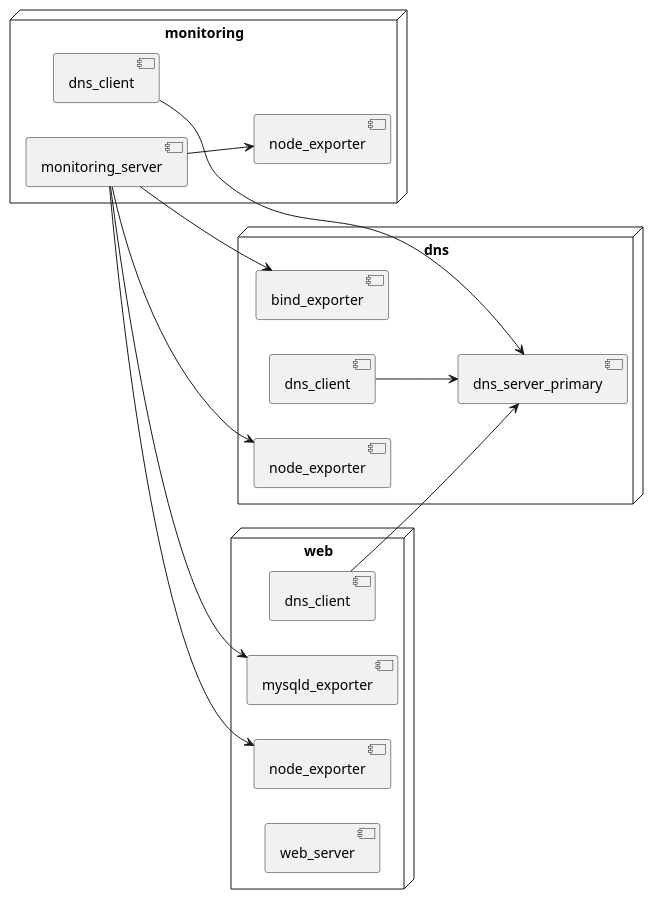
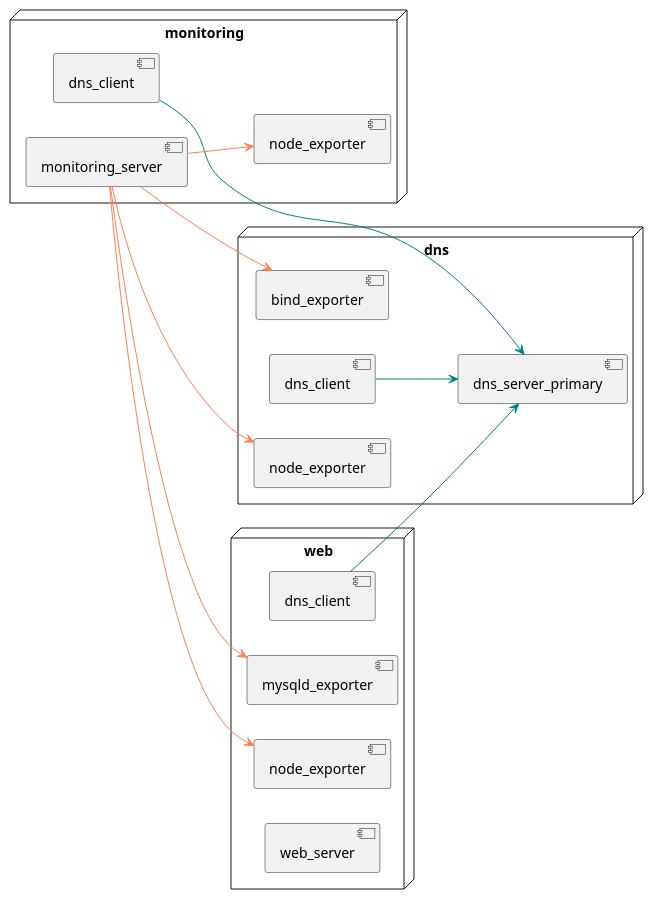
One commit to lucasluduenasegre/plantuml2ansible changed the second of 2 diagrams in README.md. Above: the diagram before and after it, drawn with PlantUML. The commit also changed other lines of this file and 2 other files, not shown here.

````diff
--- a/README.md
+++ b/README.md
@@ -174,74 +183,74 @@
 ```plantuml
 @startuml test_env
 /'
 Diagram name definition
 
 Format: @startuml <diagram_name>
 
 Note: if no diagram name is specified, the filename is used as a fallback for
 naming the output directory. This name should match the network diagram's.
 '/
 
 ' Make each component per node unique
 set separator .
 
 ' Purely visual, won't have any effect on the parser
 left to right direction
 
 /'
 Host definition
 
 Notes:
 - By default <description> will be used as the resulting hostname;
 <host_identifier> is the fallback if <description> is unused.
 - Underscores in the hostname will be converted to hyphens, due to Unix conventions.
 
 Format: node <host_identifier> as <description>
 '/
 node dns as "dns" {
 
     /'
     Role definition
 
     Format: component <role_identifier> as <role_name>
     '/
     component bind_exporter
     component dns_client
     component dns_server_primary
     component node_exporter
 }
 
 node monitoring {
     component dns_client
     component monitoring_server
     component node_exporter
 }
 
 node web as "web" {
     component dns_client
     component mysqld_exporter
     component node_exporter
     component web_server
 }
 
 /'
 Role-to-role connections
 
 Note: Arrows must always point from left to right, but can be styled according to
       https://crashedmind.github.io/PlantUMLHitchhikersGuide/layout/layout.html
 
-Format: <network_identifier>.<host_identifier>.<role_identifier> --> <network_identifier>.<host_identifier>.<role_identifier>
+Format: <host_identifier>.<role_identifier> --> <host_identifier>.<role_identifier>
 '/
-dns.dns_client --> dns.dns_server_primary
+dns.dns_client -[#teal]-> dns.dns_server_primary
 
-monitoring.dns_client --> dns.dns_server_primary
-monitoring.monitoring_server --> dns.bind_exporter
-monitoring.monitoring_server --> dns.node_exporter
-monitoring.monitoring_server --> monitoring.node_exporter
-monitoring.monitoring_server --> web.mysqld_exporter
-monitoring.monitoring_server --> web.node_exporter
+monitoring.dns_client -[#teal]-> dns.dns_server_primary
+monitoring.monitoring_server -[#coral]-> dns.bind_exporter
+monitoring.monitoring_server -[#coral]-> dns.node_exporter
+monitoring.monitoring_server -[#coral]-> monitoring.node_exporter
+monitoring.monitoring_server -[#coral]-> web.mysqld_exporter
+monitoring.monitoring_server -[#coral]-> web.node_exporter
 
-web.dns_client --> dns.dns_server_primary
+web.dns_client -[#teal]-> dns.dns_server_primary
 
 @enduml
 ```
````
